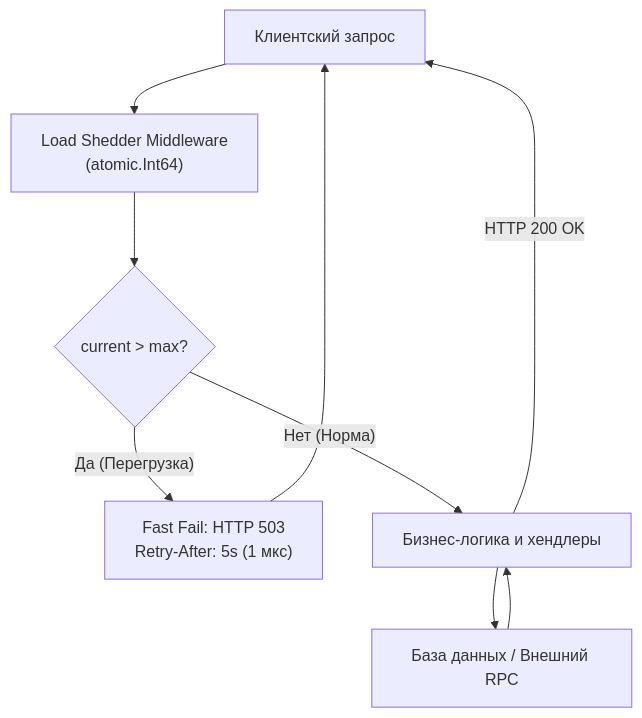
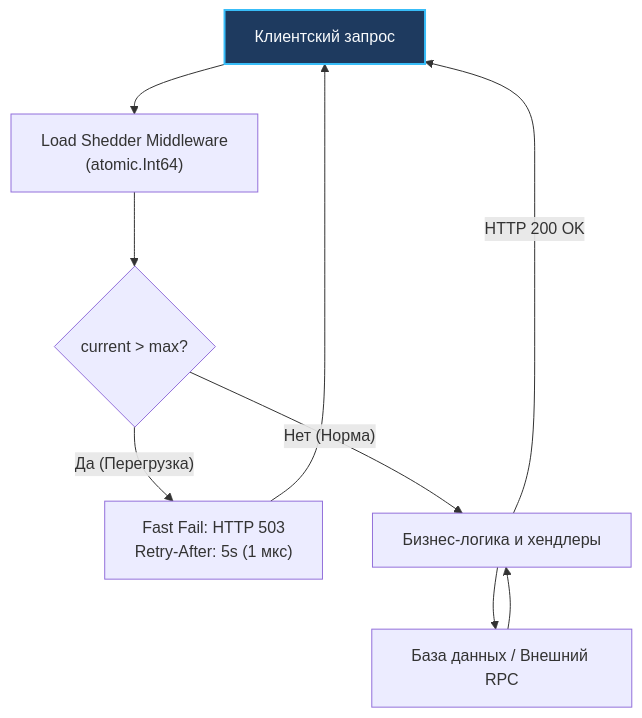
Before and after one commit to UnrealTemplier/go-textbook: the second of 2 diagrams in sources/14. Распределенные системы на Go/05. Надежность/5. Load shedding.md, drawn with Mermaid. The commit also changed other lines of this file and 1666 other files, not shown here.

First line of the commit message:
feat(mermaid): add semantic color classDef to 1369 colorless flowchart/graph diagrams

````diff
--- a/sources/14. Распределенные системы на Go/05. Надежность/5. Load shedding.md
+++ b/sources/14. Распределенные системы на Go/05. Надежность/5. Load shedding.md
@@ -124,13 +134,23 @@
 ```mermaid
 flowchart TD
-    Client["Клиентский запрос"] --> LS["Load Shedder Middleware<br/>(atomic.Int64)"]
+    classDef process  fill:#1e293b,stroke:#38bdf8,stroke-width:1px,color:#f8fafc
+    classDef success  fill:#064e3b,stroke:#34d399,stroke-width:1px,color:#f8fafc
+    classDef error    fill:#7f1d1d,stroke:#f87171,stroke-width:1px,color:#f8fafc
+    classDef warning  fill:#78350f,stroke:#fbbf24,stroke-width:1px,color:#f8fafc
+    classDef entry    fill:#1e3a5f,stroke:#38bdf8,stroke-width:2px,color:#f8fafc
+    classDef aux      fill:#334155,stroke:#64748b,stroke-width:1px,color:#f8fafc
+    classDef system   fill:#312e81,stroke:#a78bfa,stroke-width:1px,color:#f8fafc
+    classDef data     fill:#132d29,stroke:#2dd4bf,stroke-width:1px,color:#f8fafc
+    classDef network  fill:#881337,stroke:#fb7185,stroke-width:1px,color:#f8fafc
+    classDef accent   fill:#1e1b4b,stroke:#818cf8,stroke-width:1px,color:#f8fafc
+    Client["Клиентский запрос"]:::entry --> LS["Load Shedder Middleware<br/>(atomic.Int64)"]
     LS --> Limit{"current > max?"}
     
     Limit -->|"Да (Перегрузка)"| Drop["Fast Fail: HTTP 503<br/>Retry-After: 5s (1 мкс)"]
     Drop --> Client
     
     Limit -->|"Нет (Норма)"| Business["Бизнес-логика и хендлеры"]
     Business --> DB["База данных / Внешний RPC"]
     DB --> Business
     Business -->|"HTTP 200 OK"| Client
 ```
````
